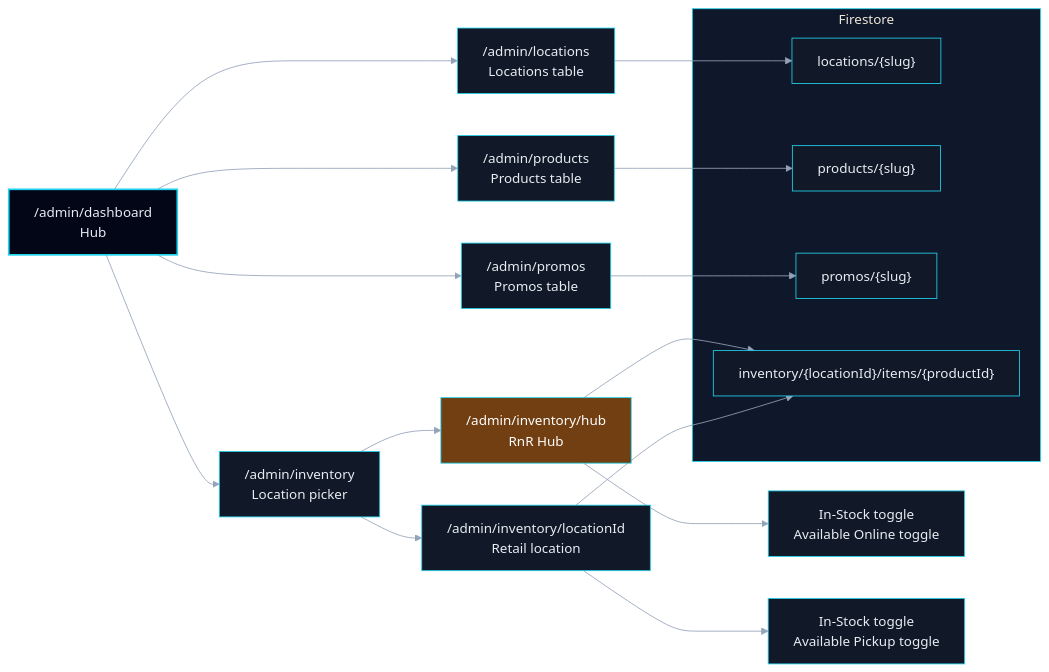
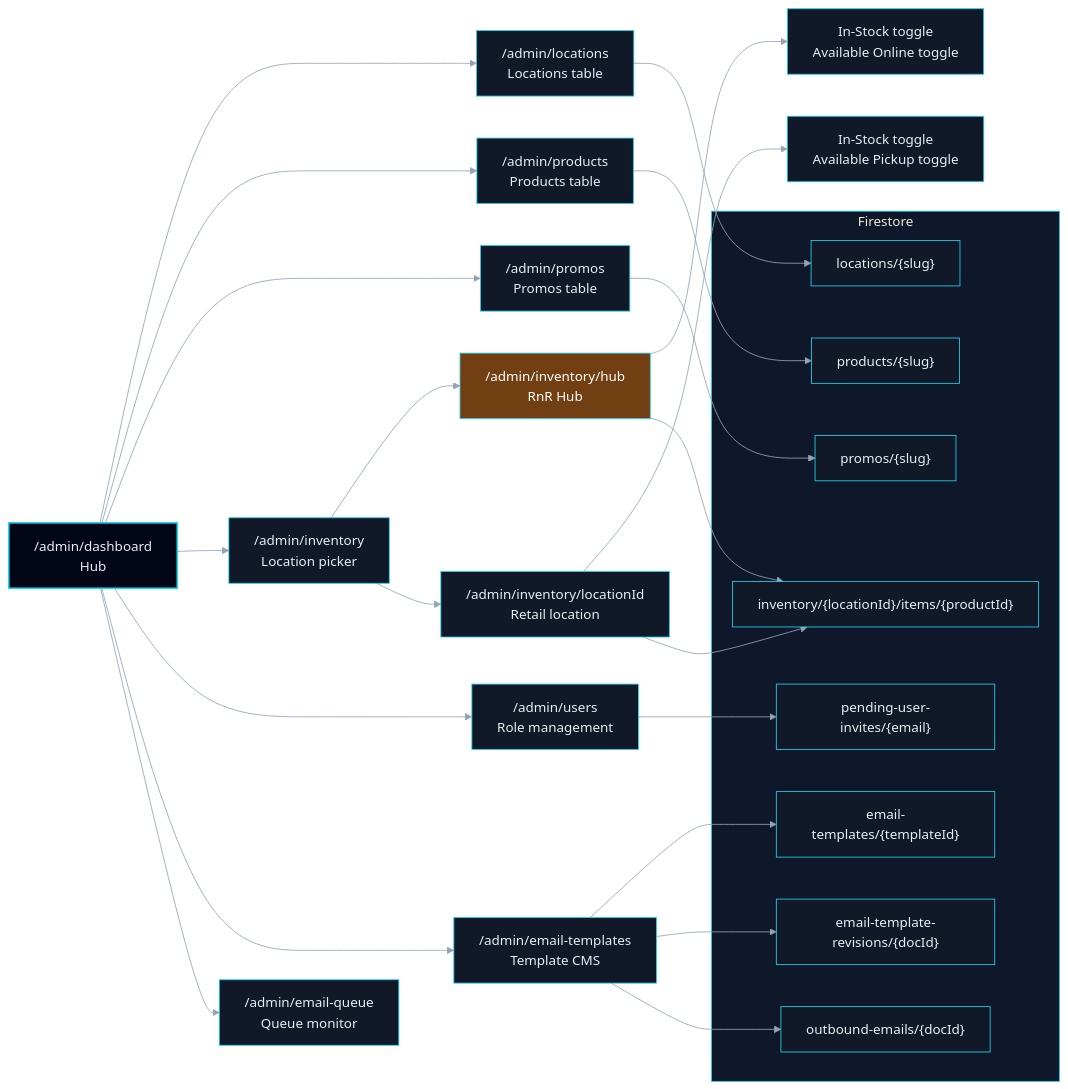
One commit to brewski-beers/rush-n-relax changed the second of 2 diagrams in docs/engineering/admin.md. Above: the diagram before and after it, drawn with Mermaid. The commit also changed other lines of this file and 104 other files, not shown here.

````diff
--- a/docs/engineering/admin.md
+++ b/docs/engineering/admin.md
@@ -61,36 +67,47 @@
 ```mermaid
 %%{init: {'theme': 'base', 'themeVariables': {'background': '#0b0f17', 'primaryColor': '#111827', 'primaryTextColor': '#e6edf3', 'primaryBorderColor': '#22d3ee', 'lineColor': '#94a3b8', 'secondaryColor': '#0f172a', 'tertiaryColor': '#111827', 'clusterBkg': '#0f172a', 'clusterBorder': '#22d3ee', 'fontFamily': 'Avenir Next, Avenir, Segoe UI, sans-serif'}}}%%
 
 flowchart LR
 
     DASH["/admin/dashboard\nHub"]:::title
 
     DASH --> LOC["/admin/locations\nLocations table"]
     DASH --> PROD["/admin/products\nProducts table"]
     DASH --> PROMO["/admin/promos\nPromos table"]
     DASH --> INV["/admin/inventory\nLocation picker"]
+    DASH --> USERS["/admin/users\nRole management"]
+    DASH --> EMAIL_TPL["/admin/email-templates\nTemplate CMS"]
+    DASH --> EMAIL_Q["/admin/email-queue\nQueue monitor"]
 
     INV --> HUB["/admin/inventory/hub\nRnR Hub"]:::active
     INV --> RETAIL["/admin/inventory/locationId\nRetail location"]
 
     HUB --> HUB_COLS["In-Stock toggle\nAvailable Online toggle"]
     RETAIL --> RETAIL_COLS["In-Stock toggle\nAvailable Pickup toggle"]
 
     subgraph FS["Firestore"]
         FS_LOC["locations/{slug}"]
         FS_PROD["products/{slug}"]
         FS_PROMO["promos/{slug}"]
         FS_INV["inventory/{locationId}/items/{productId}"]
+      FS_INVITES["pending-user-invites/{email}"]
+        FS_EMAIL_TPL["email-templates/{templateId}"]
+      FS_EMAIL_TPL_REV["email-template-revisions/{docId}"]
+        FS_OUTBOUND["outbound-emails/{docId}"]
     end
 
     LOC --> FS_LOC
     PROD --> FS_PROD
     PROMO --> FS_PROMO
     HUB --> FS_INV
     RETAIL --> FS_INV
+    USERS --> FS_INVITES
+    EMAIL_TPL --> FS_EMAIL_TPL
+    EMAIL_TPL --> FS_EMAIL_TPL_REV
+    EMAIL_TPL --> FS_OUTBOUND
 
     classDef title    fill:#020617,color:#e6edf3,stroke:#22d3ee,stroke-width:2px;
     classDef complete fill:#166534,color:#fff;
     classDef active   fill:#713f12,color:#fff;
     classDef pending  fill:#1e3a5f,color:#ccc;
 ```
````
